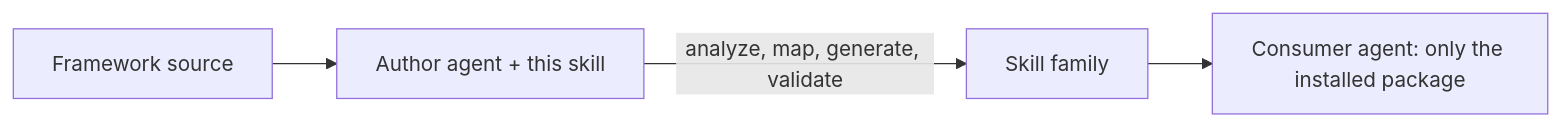
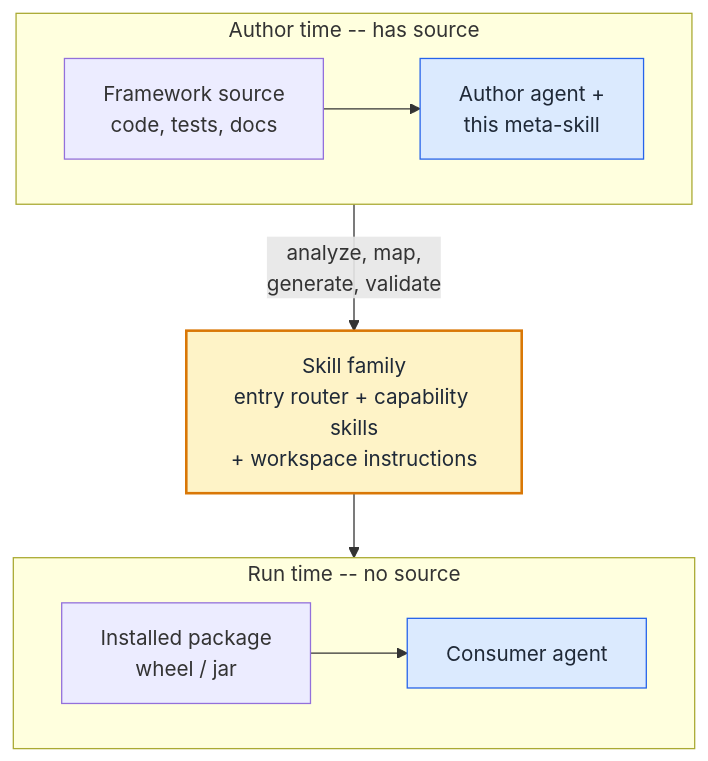
The diagram in README.md (grusin-db/framework-skill-authoring), drawn with Mermaid before and after one commit.

Commit message:
better map

````diff
--- a/README.md
+++ b/README.md
@@ -14,6 +14,21 @@
 ```mermaid
-flowchart LR
-  src[Framework source] --> author[Author agent + this skill]
-  author -->|analyze, map, generate, validate| fam[Skill family]
-  fam --> consumer[Consumer agent: only the installed package]
+flowchart TB
+  subgraph AUTHOR[Author time -- has source]
+    direction LR
+    SRC[Framework source<br/>code, tests, docs] --> AGENT[Author agent +<br/>this meta-skill]
+  end
+
+  AGENT -->|analyze, map,<br/>generate, validate| FAMILY[Skill family<br/>entry router + capability skills<br/>+ workspace instructions]
+
+  subgraph RUNTIME[Run time -- no source]
+    direction LR
+    PKG[Installed package<br/>wheel / jar] --> CONSUMER[Consumer agent]
+  end
+
+  FAMILY --> CONSUMER
+
+  classDef artifact fill:#fef3c7,stroke:#d97706,stroke-width:2px,color:#1f2937;
+  classDef agent fill:#dbeafe,stroke:#2563eb,color:#1f2937;
+  class FAMILY artifact
+  class AGENT,CONSUMER agent
 ```
````
